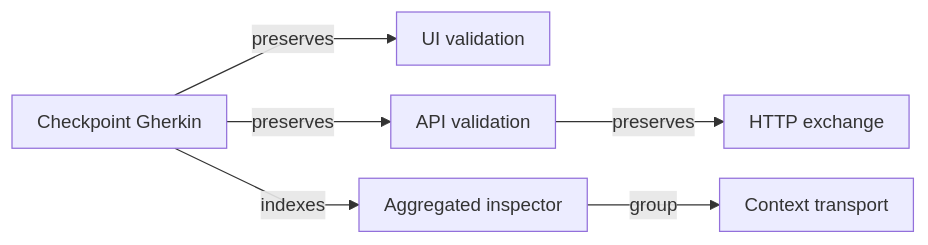
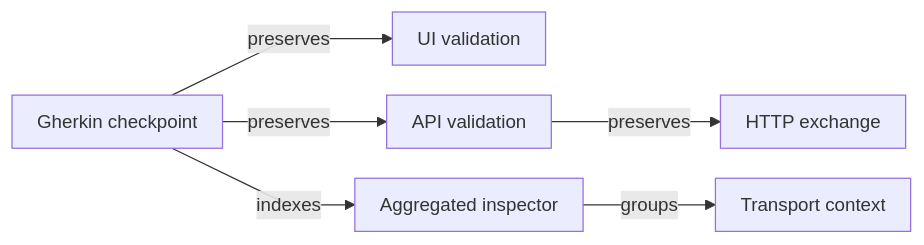
Before and after one commit to crististefanita/atf_j0: the seventh of 18 diagrams in atf-reporting/README.md, drawn with Mermaid. The commit also changed other lines of this file and 13 other files, not shown here.

````diff
--- a/atf-reporting/README.md
+++ b/atf-reporting/README.md
@@ -776,9 +718,9 @@
 ```mermaid
 %%{init: {"themeVariables":{"fontSize":"15px"},"themeCSS":".nodeLabel, .nodeLabel p { font-size: 15px !important; line-height: 1.35 !important; } .edgeLabel, .edgeLabel p { font-size: 12px !important; font-weight: 400 !important; line-height: 1.2 !important; } .edgeLabel .labelBkg, .edgeLabel p { background: transparent !important; } .edgeLabel foreignObject { transform: translateY(-18px); overflow: visible; } .node rect { rx: 6px; ry: 6px; }","flowchart":{"curve":"linear","nodeSpacing":24,"rankSpacing":40,"padding":10,"diagramPadding":16}}}%%
 flowchart LR
-    Checkpoint["Checkpoint Gherkin"] -->|preserves| Ui["UI validation"]
+    Checkpoint["Gherkin checkpoint"] -->|preserves| Ui["UI validation"]
     Checkpoint -->|preserves| Api["API validation"]
     Api -->|preserves| Evidence["HTTP exchange"]
     Checkpoint -->|indexes| Aggregate["Aggregated inspector"]
-    Aggregate -->|group| Facts["Context transport"]
+    Aggregate -->|groups| Facts["Transport context"]
 ```
````
